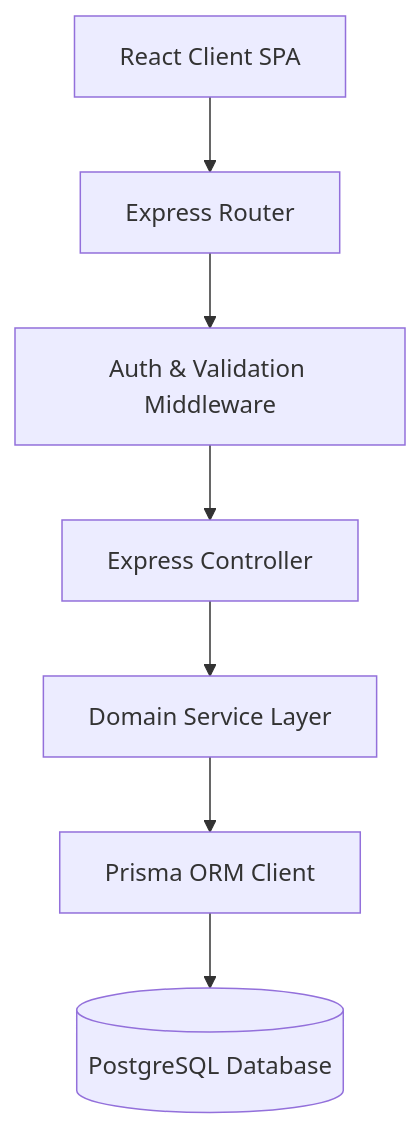
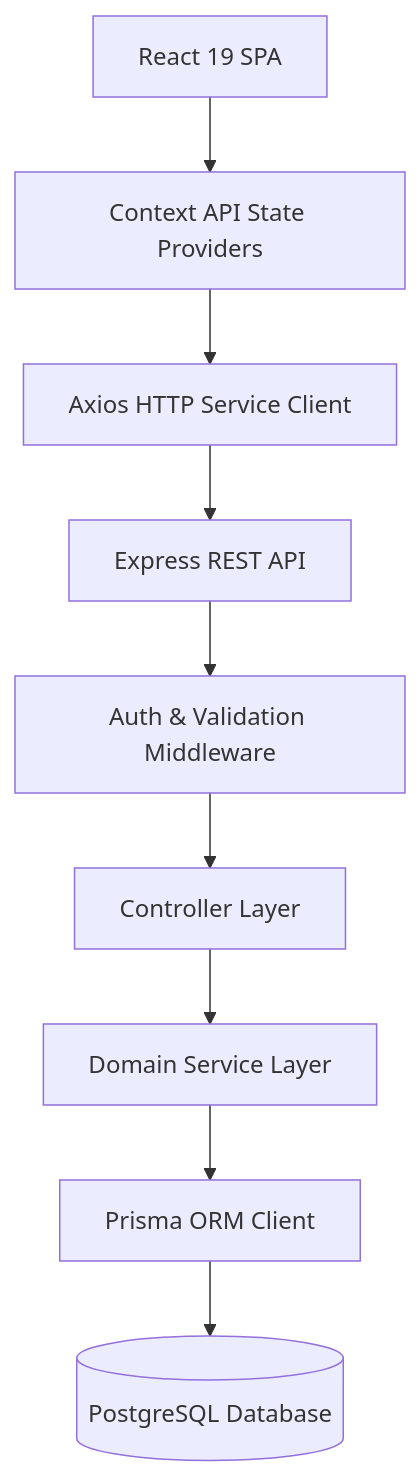
Before and after one commit to Aaditgupta1234/AVELIS: the diagram in README.md, drawn with Mermaid. The commit also changed other lines of this file, not shown here.

````diff
--- a/README.md
+++ b/README.md
@@ -98,9 +140,11 @@
 ```mermaid
 graph TD
-    Client[React Client SPA] --> Router[Express Router]
-    Router --> Middleware[Auth & Validation Middleware]
-    Middleware --> Controller[Express Controller]
+    UI[React 19 SPA] --> Context[Context API State Providers]
+    Context --> HTTP[Axios HTTP Service Client]
+    HTTP --> Express[Express REST API]
+    Express --> Middleware[Auth & Validation Middleware]
+    Middleware --> Controller[Controller Layer]
     Controller --> Service[Domain Service Layer]
     Service --> Prisma[Prisma ORM Client]
     Prisma --> DB[(PostgreSQL Database)]
 ```
````
